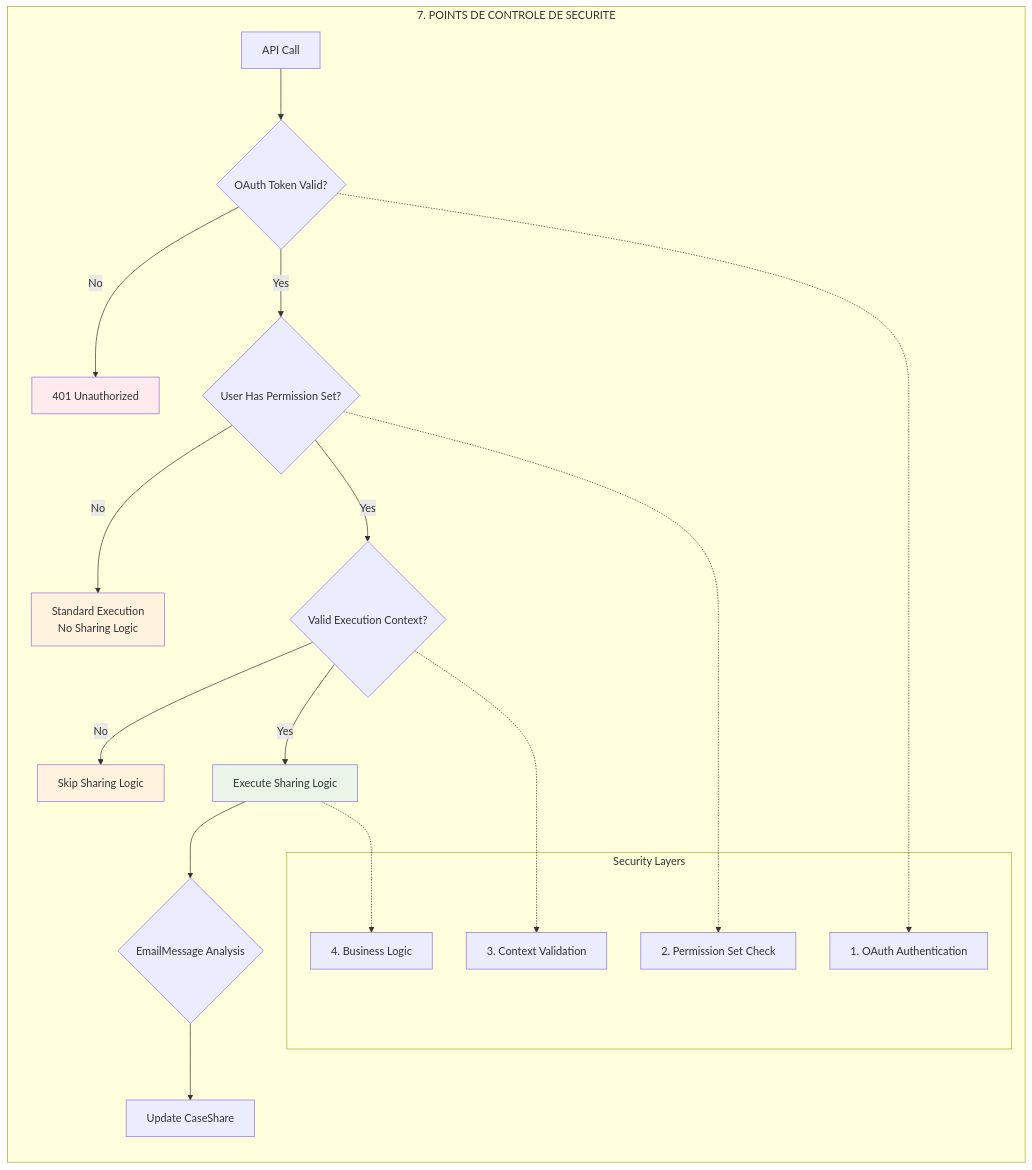
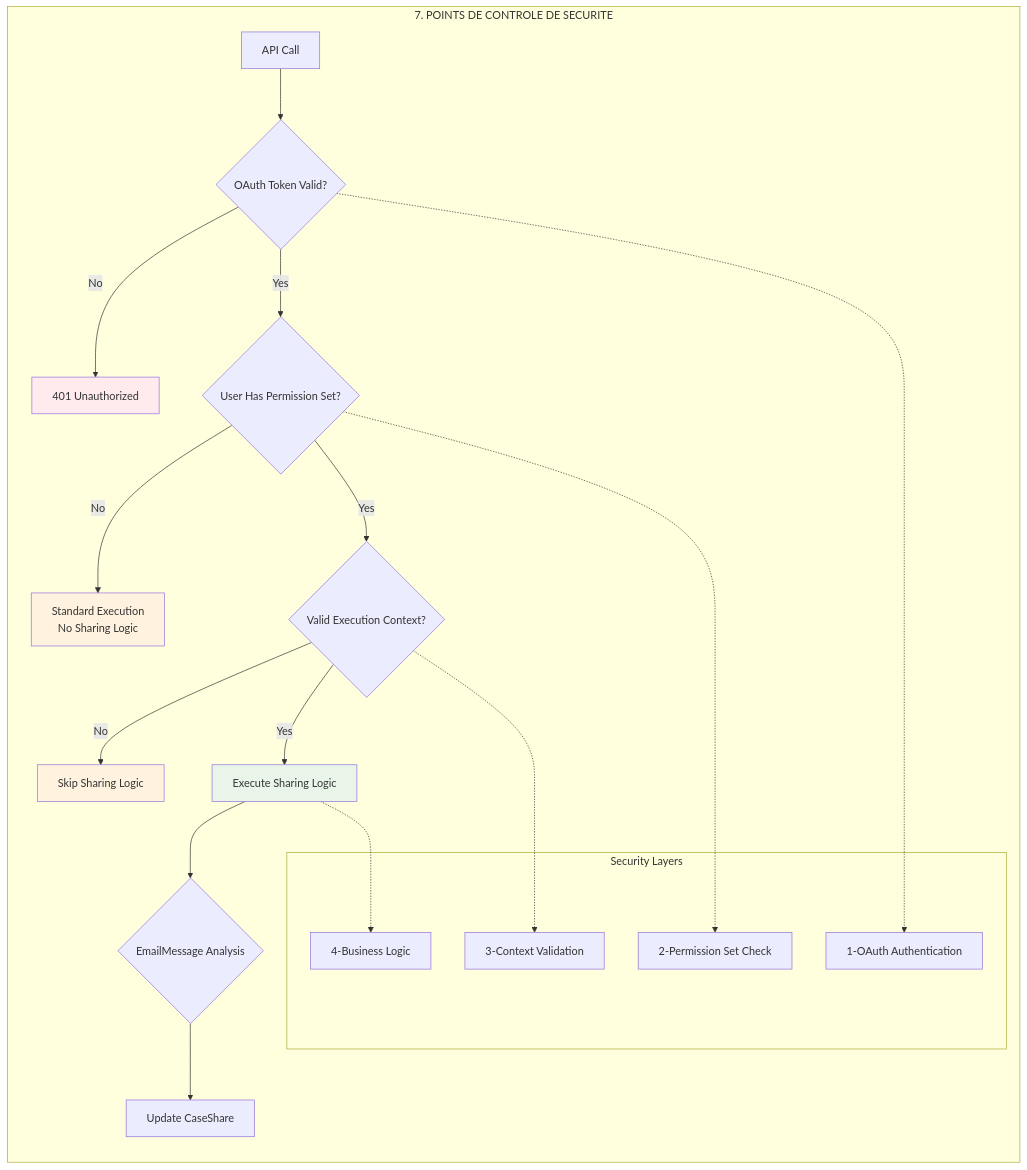
Before and after one commit to alcabon/General-AI-Questions: the seventh of 7 diagrams in Case-EmailMessag.md, drawn with Mermaid.

````diff
--- a/Case-EmailMessag.md
+++ b/Case-EmailMessag.md
@@ -1163,34 +1163,34 @@
 ```mermaid
 graph LR
     subgraph "7. POINTS DE CONTROLE DE SECURITE"
         A[API Call] --> B{"OAuth Token Valid?"}
         B -->|No| C[401 Unauthorized]
         B -->|Yes| D{"User Has Permission Set?"}
         
         D -->|No| E["Standard Execution<br/>No Sharing Logic"]
         D -->|Yes| F{"Valid Execution Context?"}
         
         F -->|No| G[Skip Sharing Logic]
         F -->|Yes| H[Execute Sharing Logic]
         
         H --> I{"EmailMessage Analysis"}
         I --> J[Update CaseShare]
         
         subgraph "Security Layers"
-            K[1. OAuth Authentication]
-            L[2. Permission Set Check]
-            M[3. Context Validation]
-            N[4. Business Logic]
+            K[1-OAuth Authentication]
+            L[2-Permission Set Check]
+            M[3-Context Validation]
+            N[4-Business Logic]
         end
         
         B -.-> K
         D -.-> L
         F -.-> M
         H -.-> N
         
         style C fill:#ffebee
         style E fill:#fff3e0
         style G fill:#fff3e0
         style H fill:#e8f5e8
     end
 ```
````
